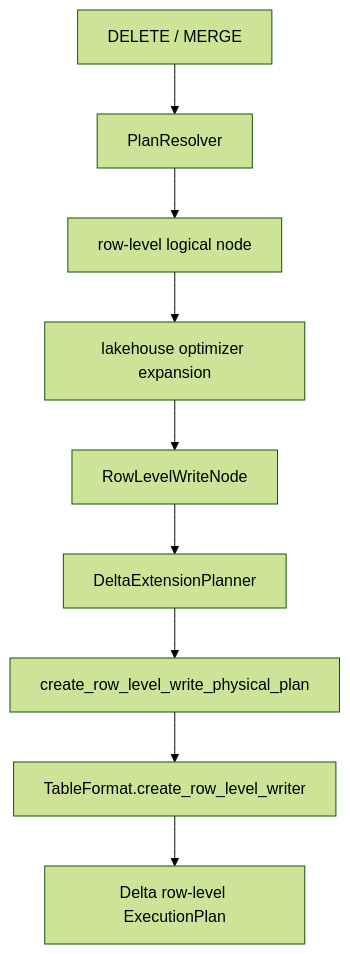
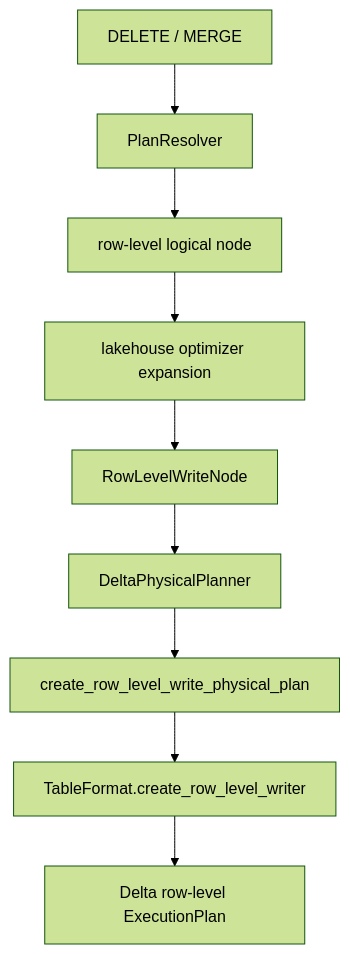
One commit to firstpair/sail-rust-book changed the fifth of 5 diagrams in sail-rust-book/sources/12-catalogs-lakehouse-tables-and-file-formats.md. Above: the diagram before and after it, drawn with Mermaid (forest theme). The commit also changed other lines of this file and 54 other files, not shown here.

````diff
--- a/sail-rust-book/sources/12-catalogs-lakehouse-tables-and-file-formats.md
+++ b/sail-rust-book/sources/12-catalogs-lakehouse-tables-and-file-formats.md
@@ -744,11 +746,11 @@
 ```mermaid
 flowchart TB
     A["DELETE / MERGE"] --> B["PlanResolver"]
     B --> C["row-level logical node"]
     C --> D["lakehouse optimizer expansion"]
     D --> E["RowLevelWriteNode"]
-    E --> F["DeltaExtensionPlanner"]
+    E --> F["DeltaPhysicalPlanner"]
     F --> G["create_row_level_write_physical_plan"]
     G --> H["TableFormat.create_row_level_writer"]
     H --> I["Delta row-level ExecutionPlan"]
 ```
````
